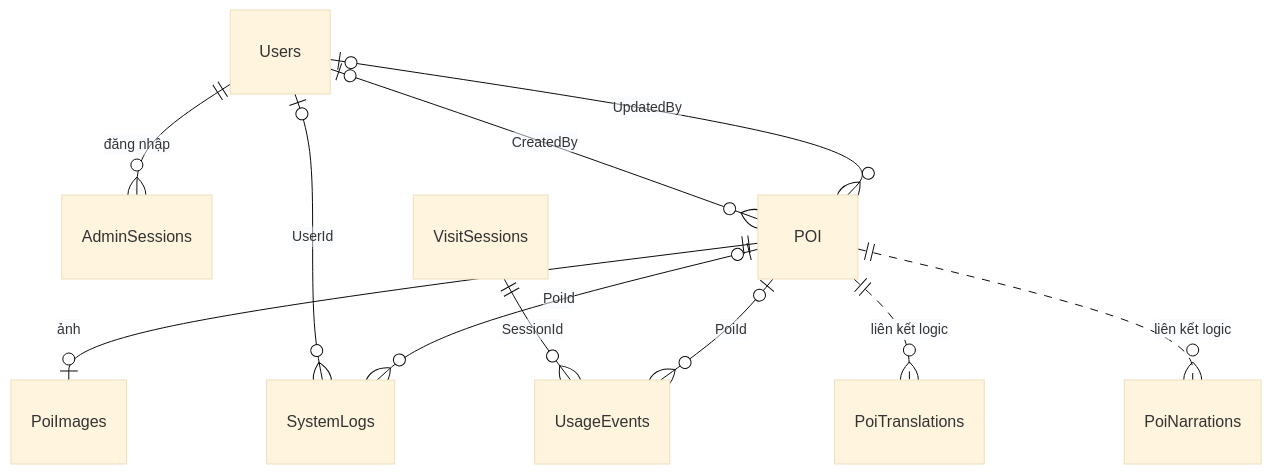
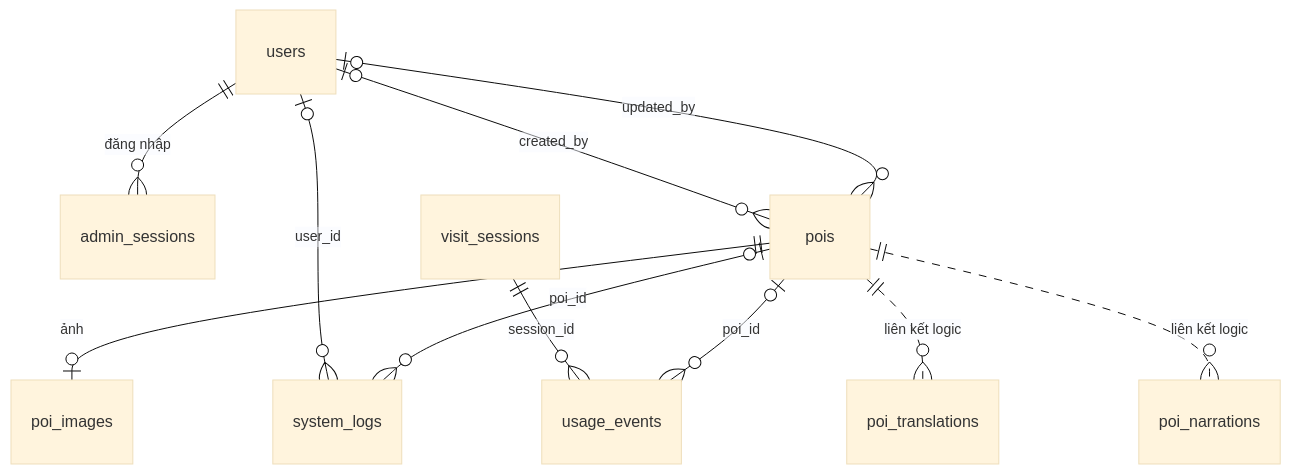
One commit to Dihoccode1/Vinlook changed the diagram in docs/erd.md. Above: the diagram before and after it, drawn with Mermaid (base theme). The commit also changed other lines of this file and 148 other files, not shown here.

````diff
--- a/docs/erd.md
+++ b/docs/erd.md
@@ -21,13 +21,13 @@
 ```mermaid
 erDiagram
-    Users ||--o{ AdminSessions : "đăng nhập"
-    Users o|--o{ POI : "CreatedBy"
-    Users o|--o{ POI : "UpdatedBy"
-    Users o|--o{ SystemLogs : "UserId"
-    POI ||--o| PoiImages : "ảnh"
-    POI o|--o{ SystemLogs : "PoiId"
-    VisitSessions ||--o{ UsageEvents : "SessionId"
-    POI o|--o{ UsageEvents : "PoiId"
-    POI ||..o{ PoiTranslations : "liên kết logic"
-    POI ||..o{ PoiNarrations : "liên kết logic"
+    users ||--o{ admin_sessions : "đăng nhập"
+    users o|--o{ pois : "created_by"
+    users o|--o{ pois : "updated_by"
+    users o|--o{ system_logs : "user_id"
+    pois ||--o| poi_images : "ảnh"
+    pois o|--o{ system_logs : "poi_id"
+    visit_sessions ||--o{ usage_events : "session_id"
+    pois o|--o{ usage_events : "poi_id"
+    pois ||..o{ poi_translations : "liên kết logic"
+    pois ||..o{ poi_narrations : "liên kết logic"
 ```
````
